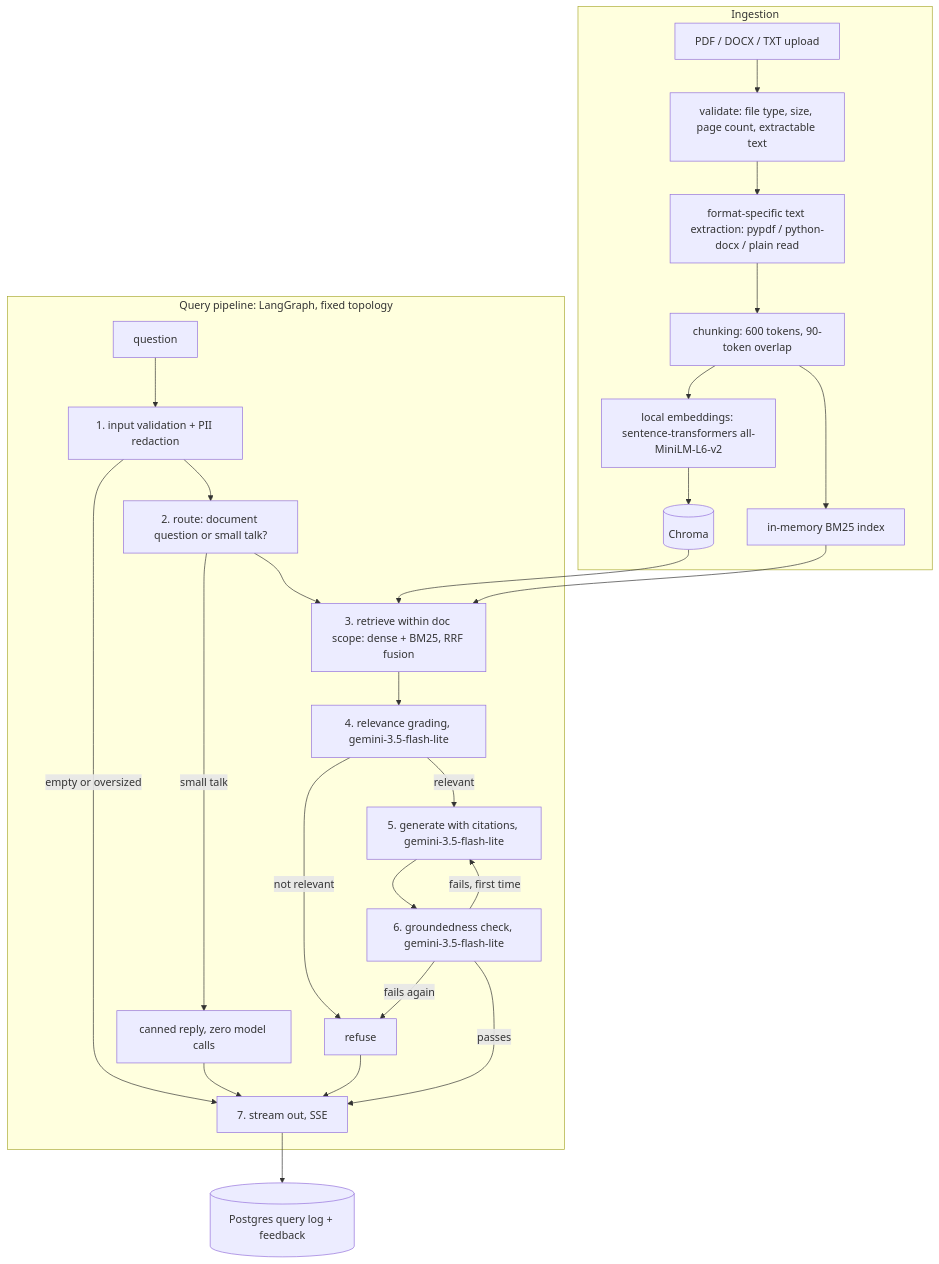
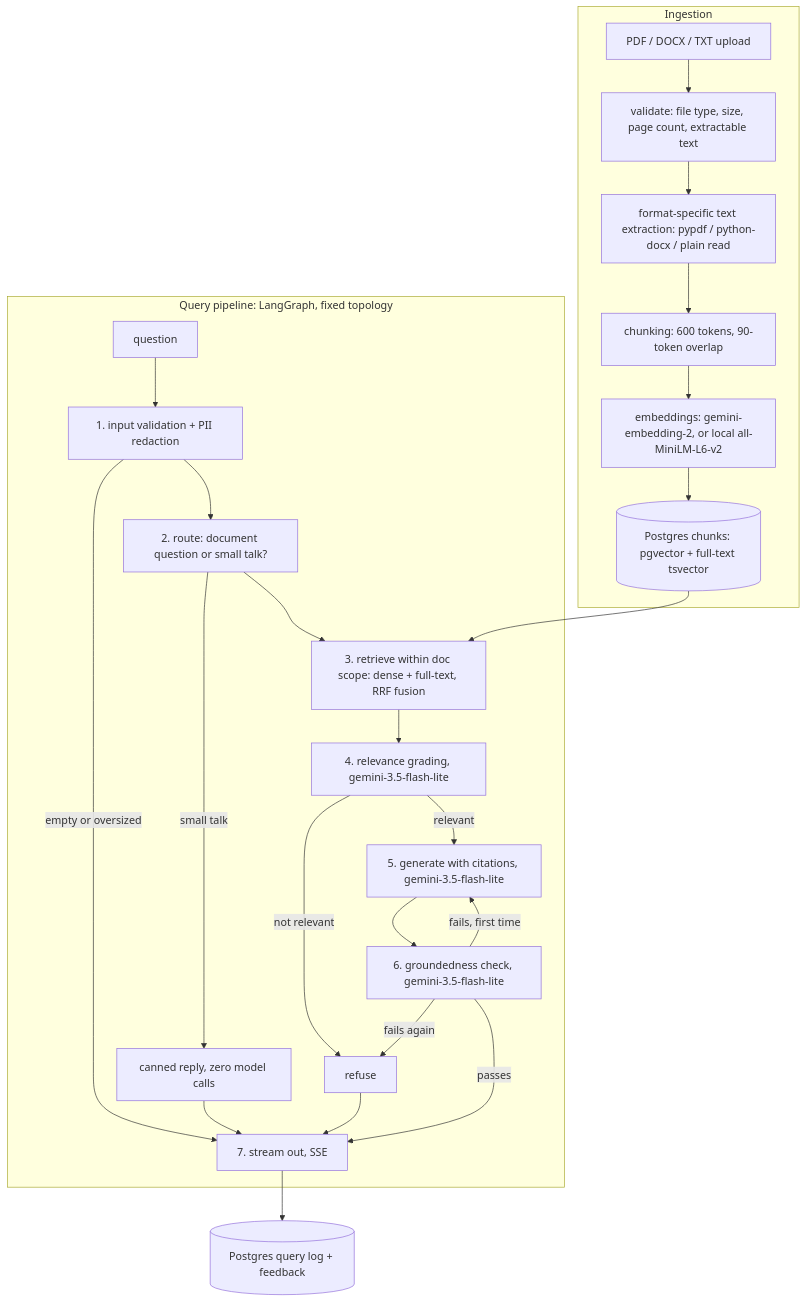
The diagram in README.md (ashrithaumd/DocuMind), drawn with Mermaid before and after one commit. The commit also changed other lines of this file and 1 other file, not shown here.

First line of the commit message:
docs(readme): pgvector, full-text search and Gemini embeddings

````diff
--- a/README.md
+++ b/README.md
@@ -20,31 +19,29 @@
 ```mermaid
 flowchart TD
     subgraph ingestion [Ingestion]
         A[PDF / DOCX / TXT upload] --> B[validate: file type, size, page count, extractable text]
         B --> C[format-specific text extraction: pypdf / python-docx / plain read]
         C --> D[chunking: 600 tokens, 90-token overlap]
-        D --> E[local embeddings: sentence-transformers all-MiniLM-L6-v2]
-        E --> F[(Chroma)]
-        D --> G[in-memory BM25 index]
+        D --> E[embeddings: gemini-embedding-2, or local all-MiniLM-L6-v2]
+        E --> F[(Postgres chunks: pgvector + full-text tsvector)]
     end
 
     subgraph query [Query pipeline: LangGraph, fixed topology]
         H[question] --> I[1. input validation + PII redaction]
         I -- empty or oversized --> S
         I --> RQ[2. route: document question or small talk?]
         RQ -- small talk --> ST[canned reply, zero model calls] --> S
-        RQ --> J[3. retrieve within doc scope: dense + BM25, RRF fusion]
+        RQ --> J[3. retrieve within doc scope: dense + full-text, RRF fusion]
         J --> K[4. relevance grading, gemini-3.5-flash-lite]
         K -- not relevant --> R[refuse]
         K -- relevant --> L[5. generate with citations, gemini-3.5-flash-lite]
         L --> M[6. groundedness check, gemini-3.5-flash-lite]
         M -- fails, first time --> L
         M -- fails again --> R
         M -- passes --> S[7. stream out, SSE]
         R --> S
     end
 
     F --> J
-    G --> J
     S --> P[(Postgres query log + feedback)]
 ```
````
